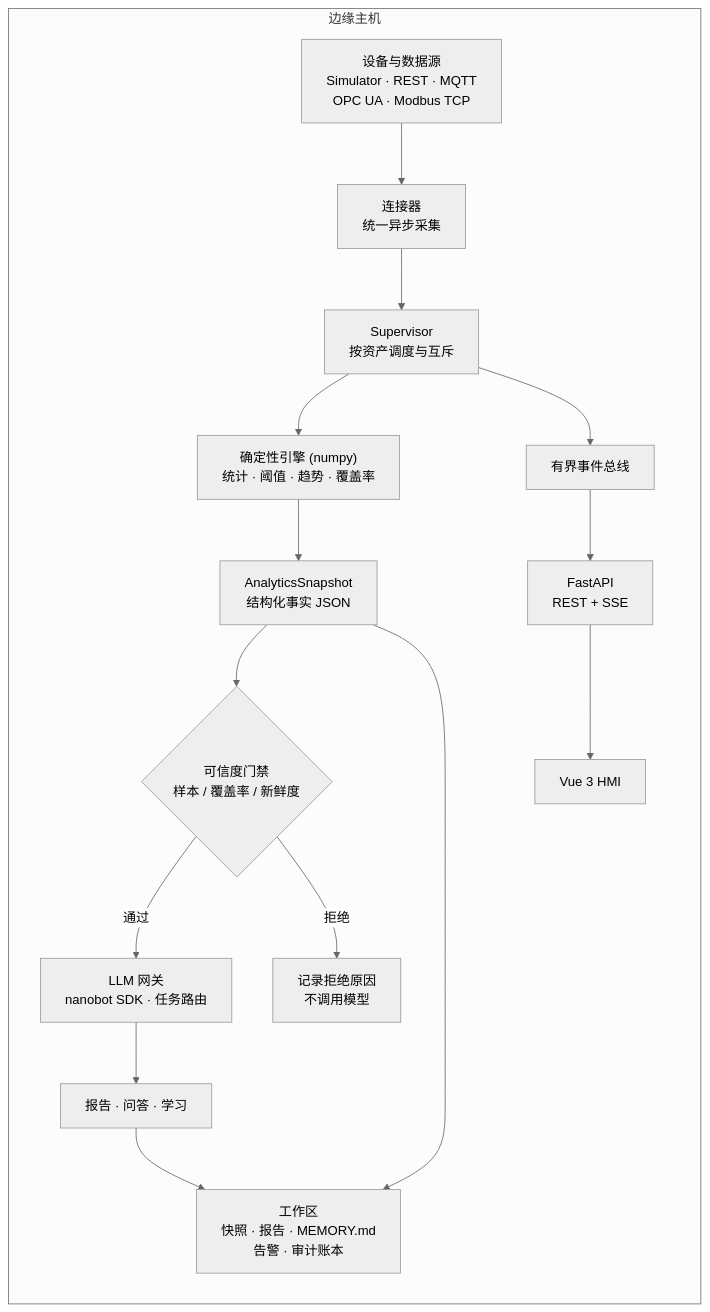
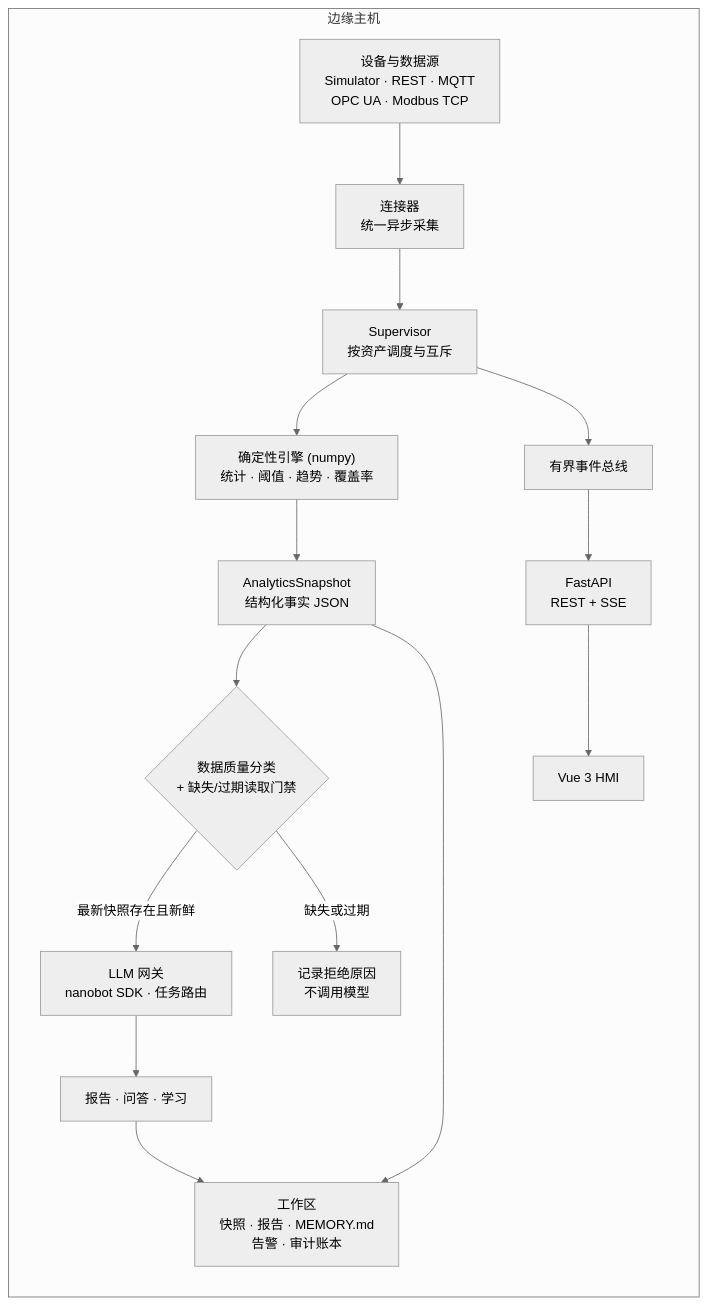
One commit to happy-momo/Oxpecker-Your-shopfloor-Edge-Computing-Agent changed the first of 2 diagrams in docs/README.zh-CN.md. Above: the diagram before and after it, drawn with Mermaid (neutral theme). The commit also changed other lines of this file and 5 other files, not shown here.

````diff
--- a/docs/README.zh-CN.md
+++ b/docs/README.zh-CN.md
@@ -188,18 +222,18 @@
 ```mermaid
 flowchart LR
   subgraph Edge["边缘主机"]
     DS["设备与数据源<br/>Simulator · REST · MQTT<br/>OPC UA · Modbus TCP"] --> ING["连接器<br/>统一异步采集"]
     ING --> SUP["Supervisor<br/>按资产调度与互斥"]
     SUP --> ANA["确定性引擎 (numpy)<br/>统计 · 阈值 · 趋势 · 覆盖率"]
     ANA --> SNAP["AnalyticsSnapshot<br/>结构化事实 JSON"]
-    SNAP --> GATE{"可信度门禁<br/>样本 / 覆盖率 / 新鲜度"}
-    GATE -->|通过| LLM["LLM 网关<br/>nanobot SDK · 任务路由"]
-    GATE -->|拒绝| DENY["记录拒绝原因<br/>不调用模型"]
+    SNAP --> GATE{"数据质量分类<br/>+ 缺失/过期读取门禁"}
+    GATE -->|最新快照存在且新鲜| LLM["LLM 网关<br/>nanobot SDK · 任务路由"]
+    GATE -->|缺失或过期| DENY["记录拒绝原因<br/>不调用模型"]
     LLM --> USE["报告 · 问答 · 学习"]
     SNAP --> STORE["工作区<br/>快照 · 报告 · MEMORY.md<br/>告警 · 审计账本"]
     USE --> STORE
     SUP --> BUS["有界事件总线"]
     BUS --> API["FastAPI<br/>REST + SSE"]
     API --> UI["Vue 3 HMI"]
   end
 ```
````
